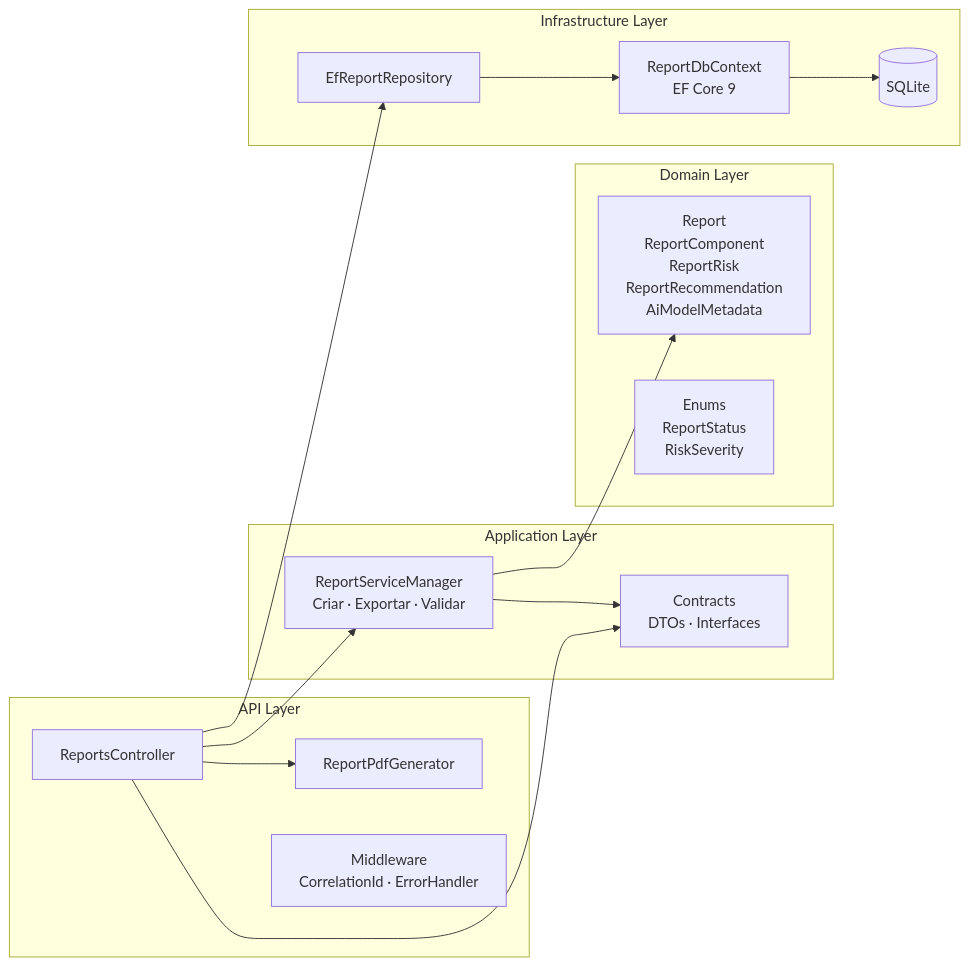
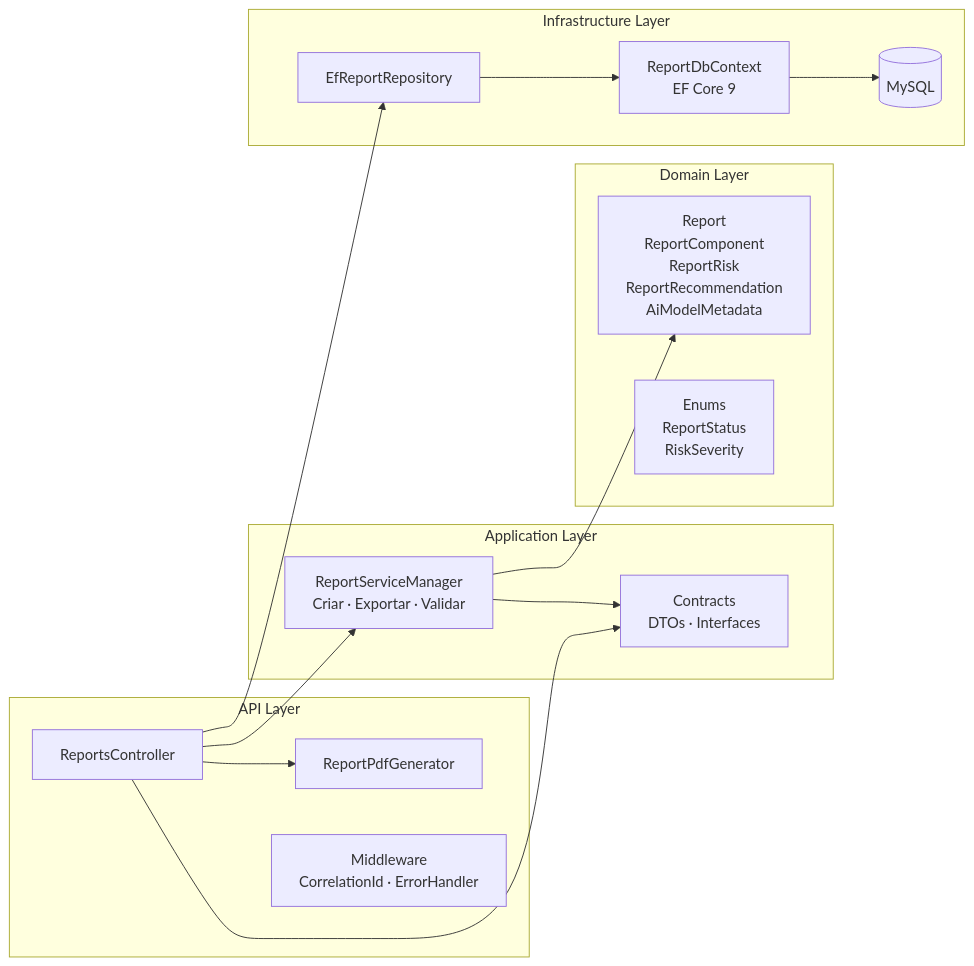
One commit to FIAP-SOAT-Net/fiap-soat-hackaton-reports changed the third of 4 diagrams in docs/architecture.md. Above: the diagram before and after it, drawn with Mermaid. The commit also changed other lines of this file and 1 other file, not shown here.

First line of the commit message:
docs: atualizar README e diagrama para refletir migração para MySQL

````diff
--- a/docs/architecture.md
+++ b/docs/architecture.md
@@ -86,33 +86,33 @@
 ```mermaid
 graph LR
     subgraph Api["API Layer"]
         CTRL["ReportsController"]
         PDF["ReportPdfGenerator"]
         MW["Middleware\nCorrelationId · ErrorHandler"]
     end
 
     subgraph Application["Application Layer"]
         MGR["ReportServiceManager\nCriar · Exportar · Validar"]
         CONTRACTS["Contracts\nDTOs · Interfaces"]
     end
 
     subgraph Domain["Domain Layer"]
         ENT["Report\nReportComponent\nReportRisk\nReportRecommendation\nAiModelMetadata"]
         ENUMS["Enums\nReportStatus\nRiskSeverity"]
     end
 
     subgraph Infrastructure["Infrastructure Layer"]
         REPO["EfReportRepository"]
         CTX["ReportDbContext\nEF Core 9"]
-        DB[("SQLite")]
+        DB[("MySQL")]
     end
 
     CTRL --> MGR
     CTRL --> PDF
     CTRL --> CONTRACTS
     MGR --> ENT
     MGR --> CONTRACTS
     REPO --> CTX
     CTX --> DB
     CTRL --> REPO
 ```
````
